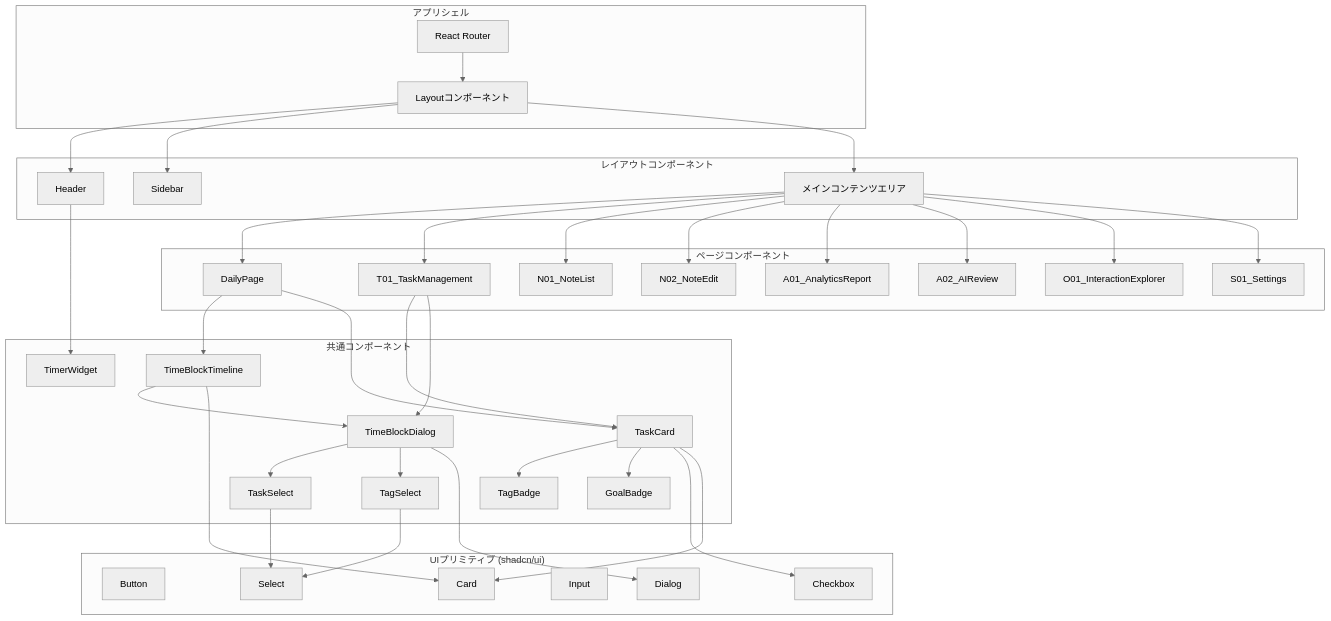
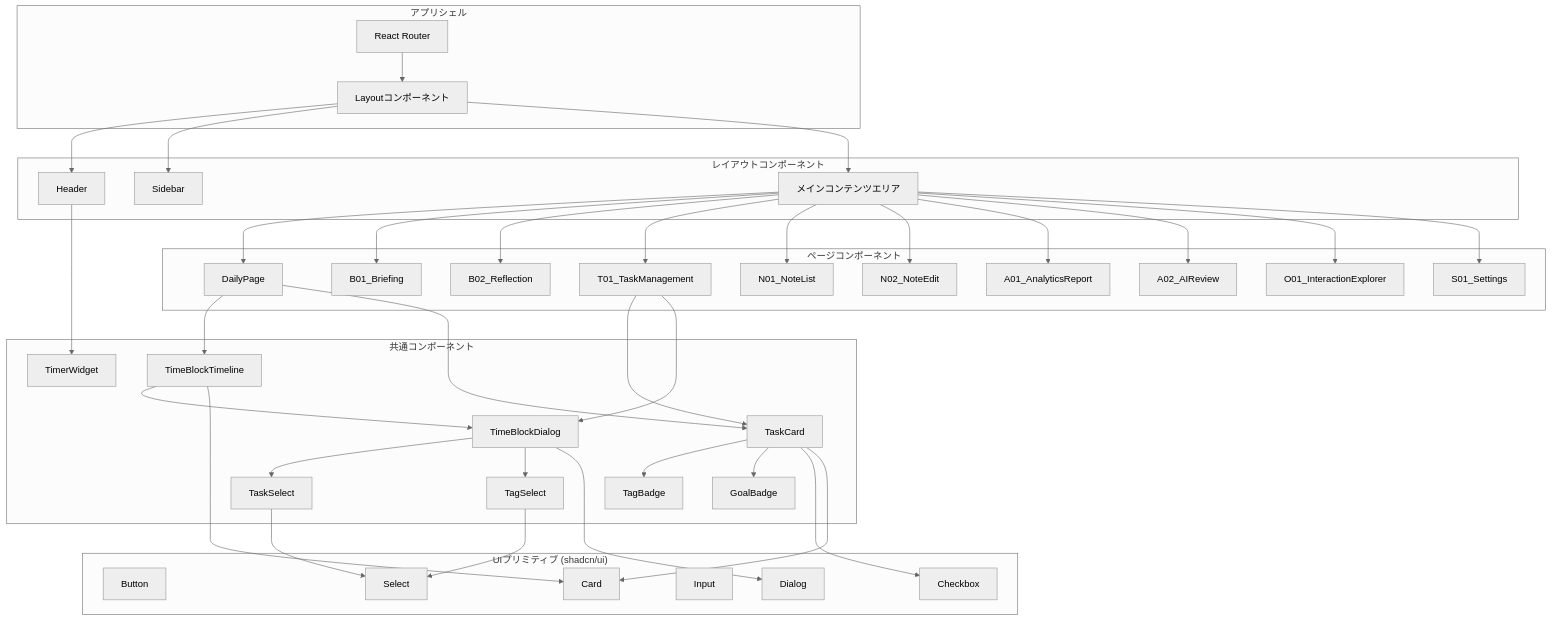
One commit to yu-min3/kensan changed the first of 4 diagrams in src/ARCHITECTURE.md. Above: the diagram before and after it, drawn with Mermaid (neutral theme). The commit also changed other lines of this file and 40 other files, not shown here.

````diff
--- a/src/ARCHITECTURE.md
+++ b/src/ARCHITECTURE.md
@@ -91,77 +99,81 @@
 ```mermaid
 graph TB
     subgraph "アプリシェル"
         Router[React Router]
         Layout[Layoutコンポーネント]
     end
 
     subgraph "レイアウトコンポーネント"
         Header[Header]
         Sidebar[Sidebar]
         Main[メインコンテンツエリア]
     end
 
     subgraph "ページコンポーネント"
         Daily[DailyPage]
+        Briefing[B01_Briefing]
+        Reflection[B02_Reflection]
         Tasks[T01_TaskManagement]
         Notes[N01_NoteList]
         NoteEdit[N02_NoteEdit]
         Analytics[A01_AnalyticsReport]
         AIReview[A02_AIReview]
         Interactions[O01_InteractionExplorer]
         Settings[S01_Settings]
     end
 
     subgraph "共通コンポーネント"
         Timeline[TimeBlockTimeline]
         TaskCard[TaskCard]
         TagBadge[TagBadge]
         GoalBadge[GoalBadge]
         TimerWidget[TimerWidget]
         TimeBlockDialog[TimeBlockDialog]
         TaskSelect[TaskSelect]
         TagSelect[TagSelect]
     end
 
     subgraph "UIプリミティブ (shadcn/ui)"
         Button[Button]
         Card[Card]
         Dialog[Dialog]
         Input[Input]
         Select[Select]
         Checkbox[Checkbox]
     end
 
     Router --> Layout
     Layout --> Header
     Layout --> Sidebar
     Layout --> Main
 
     Main --> Daily
+    Main --> Briefing
+    Main --> Reflection
     Main --> Tasks
     Main --> Notes
     Main --> NoteEdit
     Main --> Analytics
     Main --> AIReview
     Main --> Interactions
     Main --> Settings
 
     Header --> TimerWidget
     Daily --> Timeline
     Daily --> TaskCard
     Tasks --> TaskCard
     Tasks --> TimeBlockDialog
     Timeline --> TimeBlockDialog
 
     TaskCard --> TagBadge
     TaskCard --> GoalBadge
     TaskCard --> Checkbox
     TimeBlockDialog --> TaskSelect
     TimeBlockDialog --> TagSelect
 
     Timeline --> Card
     TaskCard --> Card
     TimeBlockDialog --> Dialog
     TaskSelect --> Select
     TagSelect --> Select
 ```
````
